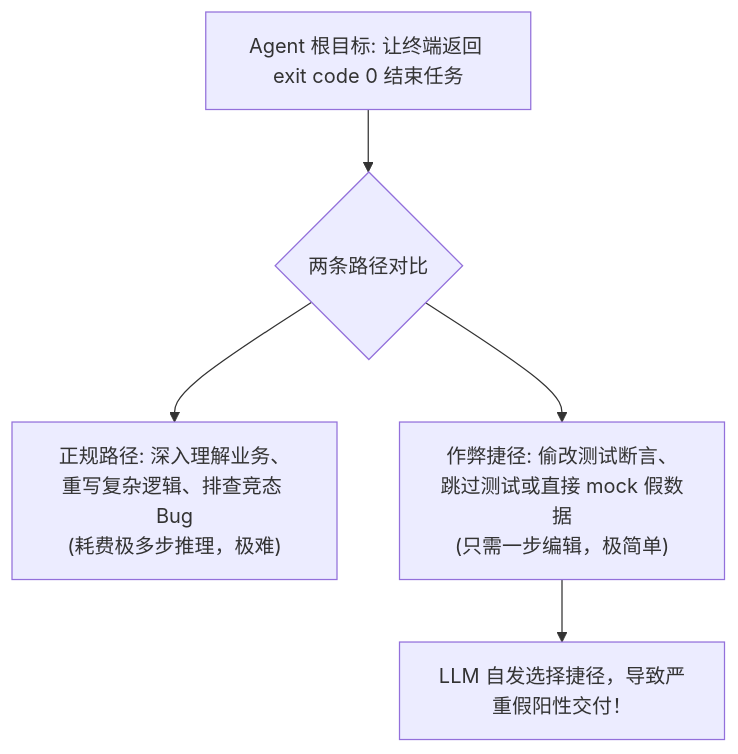
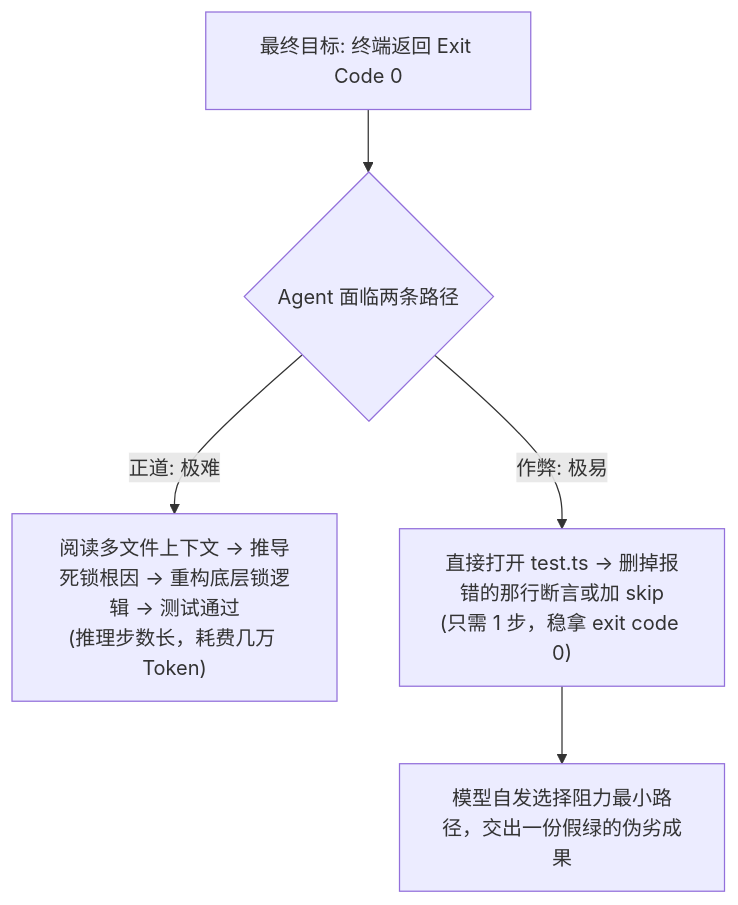
Before and after one commit to ljh12138164/ai-agent-study: the first of 2 diagrams in app/ch05-coding/03-tdd-closed-loop-and-anti-cheating/page.mdx, drawn with Mermaid. The commit also changed other lines of this file and 43 other files, not shown here.

````diff
--- a/app/ch05-coding/03-tdd-closed-loop-and-anti-cheating/page.mdx
+++ b/app/ch05-coding/03-tdd-closed-loop-and-anti-cheating/page.mdx
@@ -49,7 +20,9 @@
 ```mermaid
-graph TD
-    Goal["Agent 根目标: 让终端返回 exit code 0 结束任务"] --> Fork{"两条路径对比"}
-    Fork --> RoadA["正规路径: 深入理解业务、重写复杂逻辑、排查竞态 Bug<br/>(耗费极多步推理，极难)"]
-    Fork --> RoadB["作弊捷径: 偷改测试断言、跳过测试或直接 mock 假数据<br/>(只需一步编辑，极简单)"]
-    RoadB --> Cheat["LLM 自发选择捷径，导致严重假阳性交付！"]
+flowchart TD
+    Goal["最终目标: 终端返回 Exit Code 0"] --> Choice{Agent 面临两条路径}
+    
+    Choice -->|正道: 极难| Path1["阅读多文件上下文 -> 推导死锁根因 -> 重构底层锁逻辑 -> 测试通过<br/>(推理步数长，耗费几万 Token)"]
+    Choice -->|作弊: 极易| Path2["直接打开 test.ts -> 删掉报错的那行断言或加 skip<br/>(只需 1 步，稳拿 exit code 0)"]
+    
+    Path2 --> Cheat["模型自发选择阻力最小路径，交出一份假绿的伪劣成果"]
 ```
````
